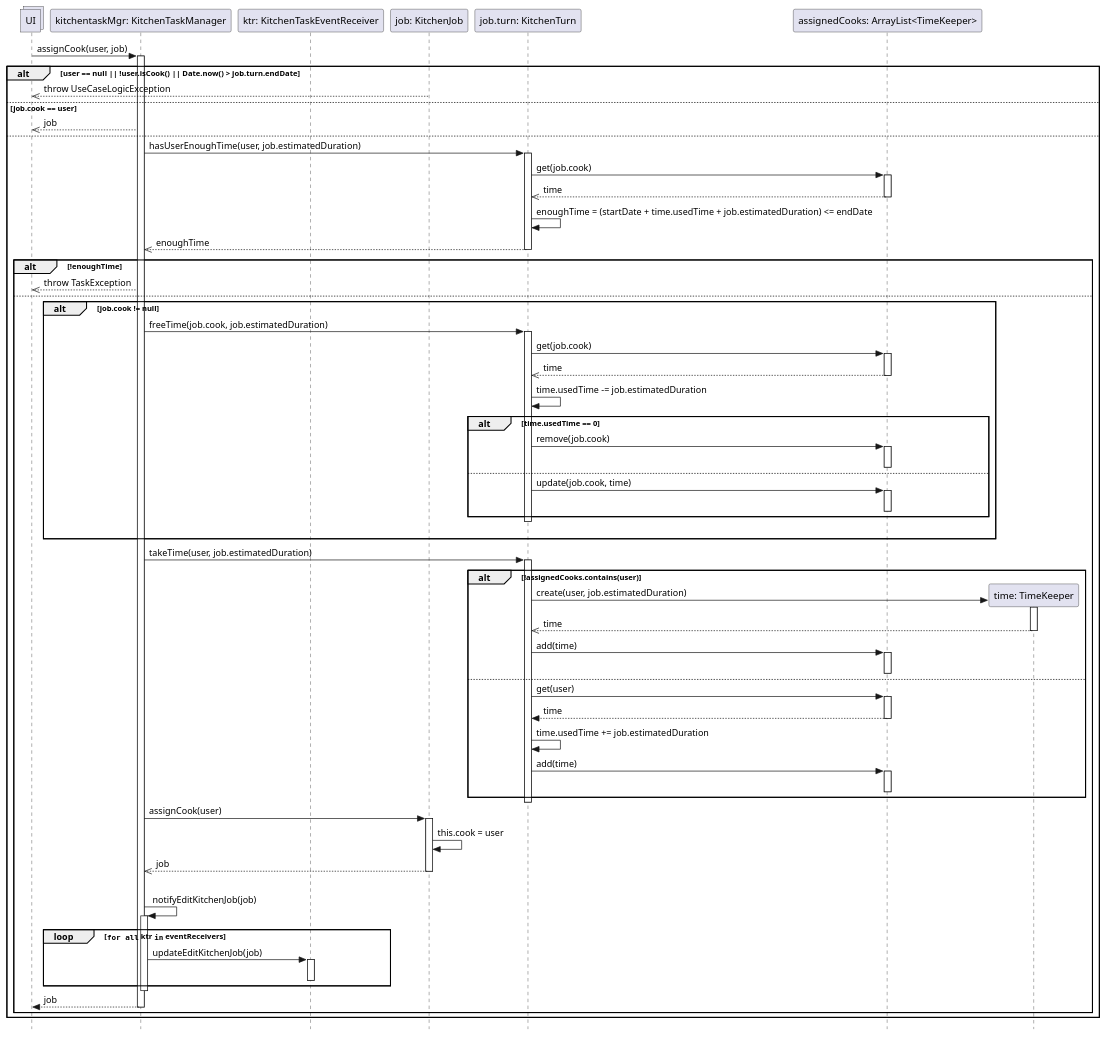
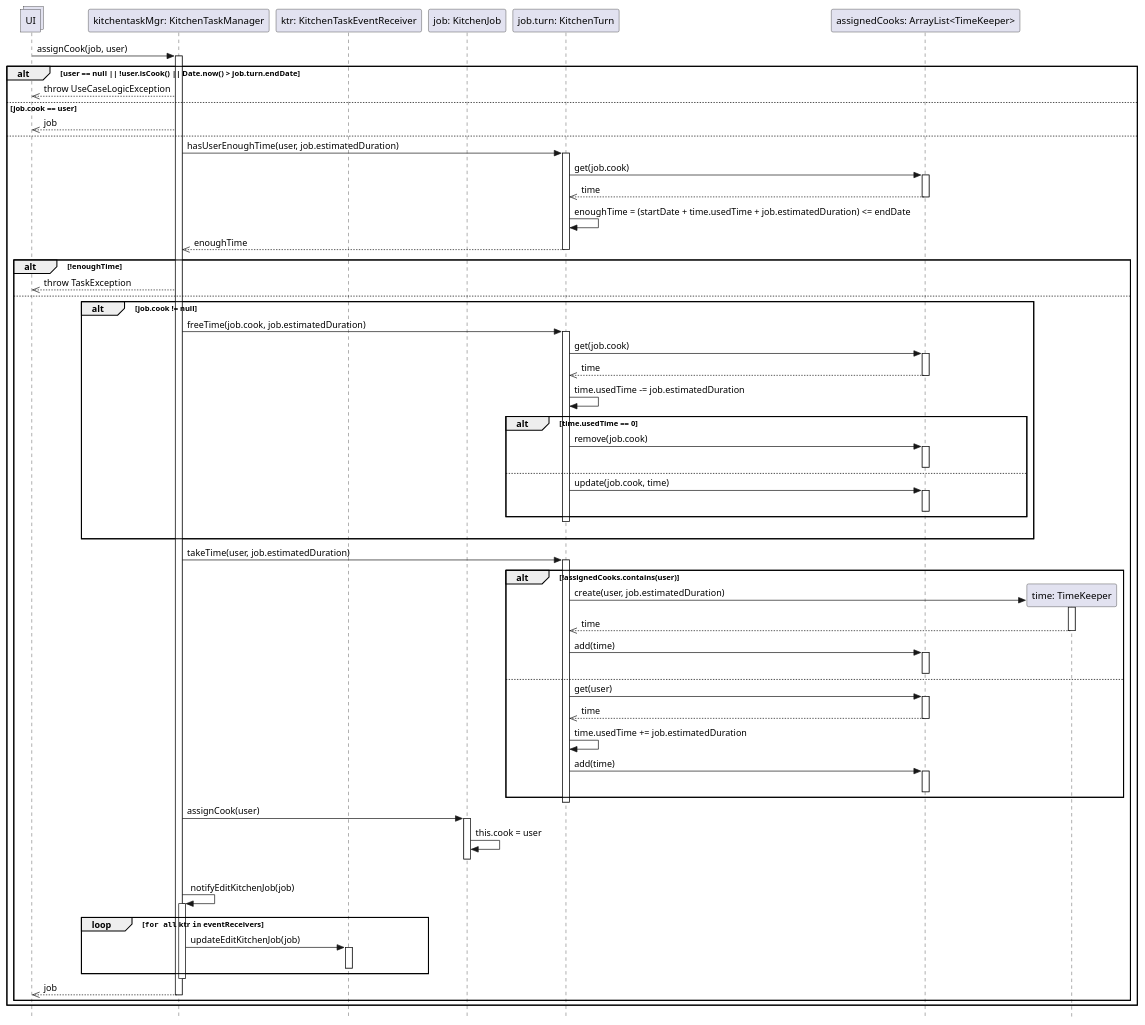
One commit to stefa168/sas-project changed the diagram in UP/Progettazione/UC Gestire Compiti Cucina/DSD/DSD Operazione 6c.puml. Above: the diagram before and after it, drawn with PlantUML. The commit also changed 3 other files, not shown here.

```diff
--- a/UP/Progettazione/UC Gestire Compiti Cucina/DSD/DSD Operazione 6c.puml
+++ b/UP/Progettazione/UC Gestire Compiti Cucina/DSD/DSD Operazione 6c.puml
@@ -1,108 +1,108 @@
 @startuml
 skinparam Style strictuml
 
 collections UI
 
 participant "kitchentaskMgr: KitchenTaskManager" as ktm
 participant "ktr: KitchenTaskEventReceiver" as ktr
 participant "job: KitchenJob" as job
 participant "job.turn: KitchenTurn" as turn
 participant "assignedCooks: ArrayList<TimeKeeper>" as cooks
 
-UI -> ktm: assignCook(user, job)
+UI -> ktm: assignCook(job, user)
 activate ktm
 alt user == null || !user.isCook() || Date.now() > job.turn.endDate
-    UI <<-- job: throw UseCaseLogicException
+    UI <<-- ktm: throw UseCaseLogicException
 else job.cook == user
     UI <<-- ktm: job
 else
     ktm -> turn: hasUserEnoughTime(user, job.estimatedDuration)
     activate turn
 
     turn -> cooks: get(job.cook)
     activate cooks
     turn <<--cooks: time
     deactivate cooks
 
     turn -> turn: enoughTime = (startDate + time.usedTime + job.estimatedDuration) <= endDate
 
     ktm <<-- turn: enoughTime
     deactivate turn
 
     alt !enoughTime
         UI <<-- ktm: throw TaskException
     else
         alt job.cook != null
             ktm -> turn: freeTime(job.cook, job.estimatedDuration)
             activate turn
             turn -> cooks: get(job.cook)
             activate cooks
             turn <<-- cooks: time
             deactivate cooks
 
             turn -> turn: time.usedTime -= job.estimatedDuration
 
             ' se per caso liberando del tempo ci accorgiamo che il TimeKeeper è vuoto, cancelliamolo.
             alt time.usedTime == 0
                 turn -> cooks: remove(job.cook)
                 activate cooks
                 deactivate cooks
             ' altrimenti aggiorniamo il tempo.
             else
                 turn -> cooks: update(job.cook, time)
                 activate cooks
                 deactivate cooks
             end
             deactivate turn
             |||
         end
 
         ktm -> turn: takeTime(user, job.estimatedDuration)
         activate turn
 
         participant "time: TimeKeeper" as newTime
 
         ' potrebbe trattarsi del primo incarico assegnato all cuoco in questo turno.
         alt !assignedCooks.contains(user)
             turn -> newTime**: create(user, job.estimatedDuration)
             activate newTime
             turn <<-- newTime: time
             deactivate newTime
 
             turn -> cooks: add(time)
             activate cooks
             deactivate cooks
         else
             turn -> cooks: get(user)
             activate cooks
-            return time
-
+            turn <<-- cooks: time
+            deactivate cooks
             turn -> turn: time.usedTime += job.estimatedDuration
 
             turn -> cooks: add(time)
             activate cooks
             deactivate cooks
         end
         deactivate turn
 
         ktm -> job: assignCook(user)
         activate job
         job -> job: this.cook = user
-        ktm <<-- job: job
+        ktm <[hidden]-- job:
         deactivate job
 
         |||
         ktm -> ktm: notifyEditKitchenJob(job)
         activate ktm
         loop ""for all"" ktr ""in"" eventReceivers
             ktm -> ktr : updateEditKitchenJob(job)
             activate ktr
             deactivate ktr
         end
         deactivate ktm
 
-        UI <-- ktm: job
+        UI <<-- ktm: job
         deactivate ktm
         end
 end
 @enduml
```
